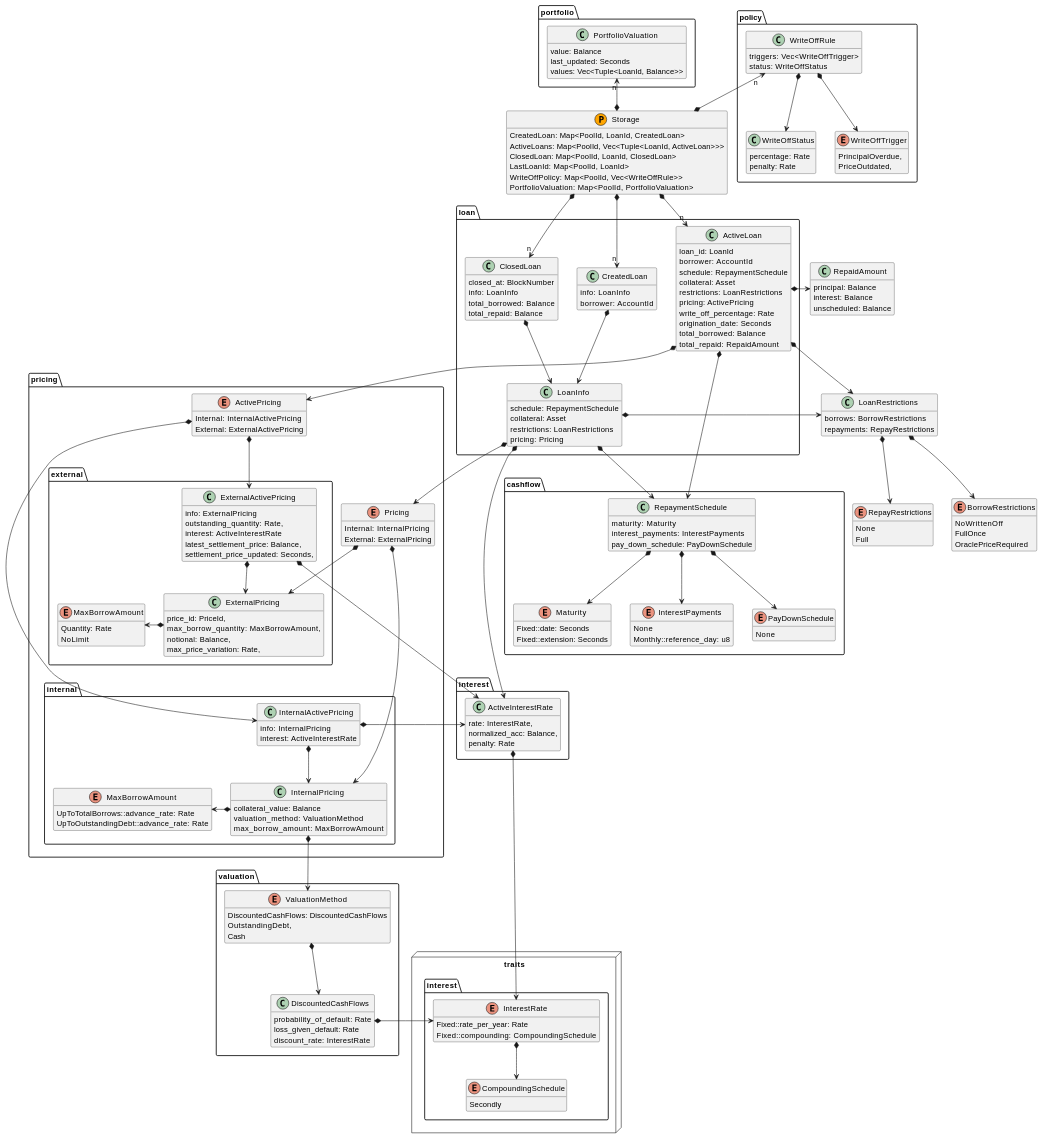
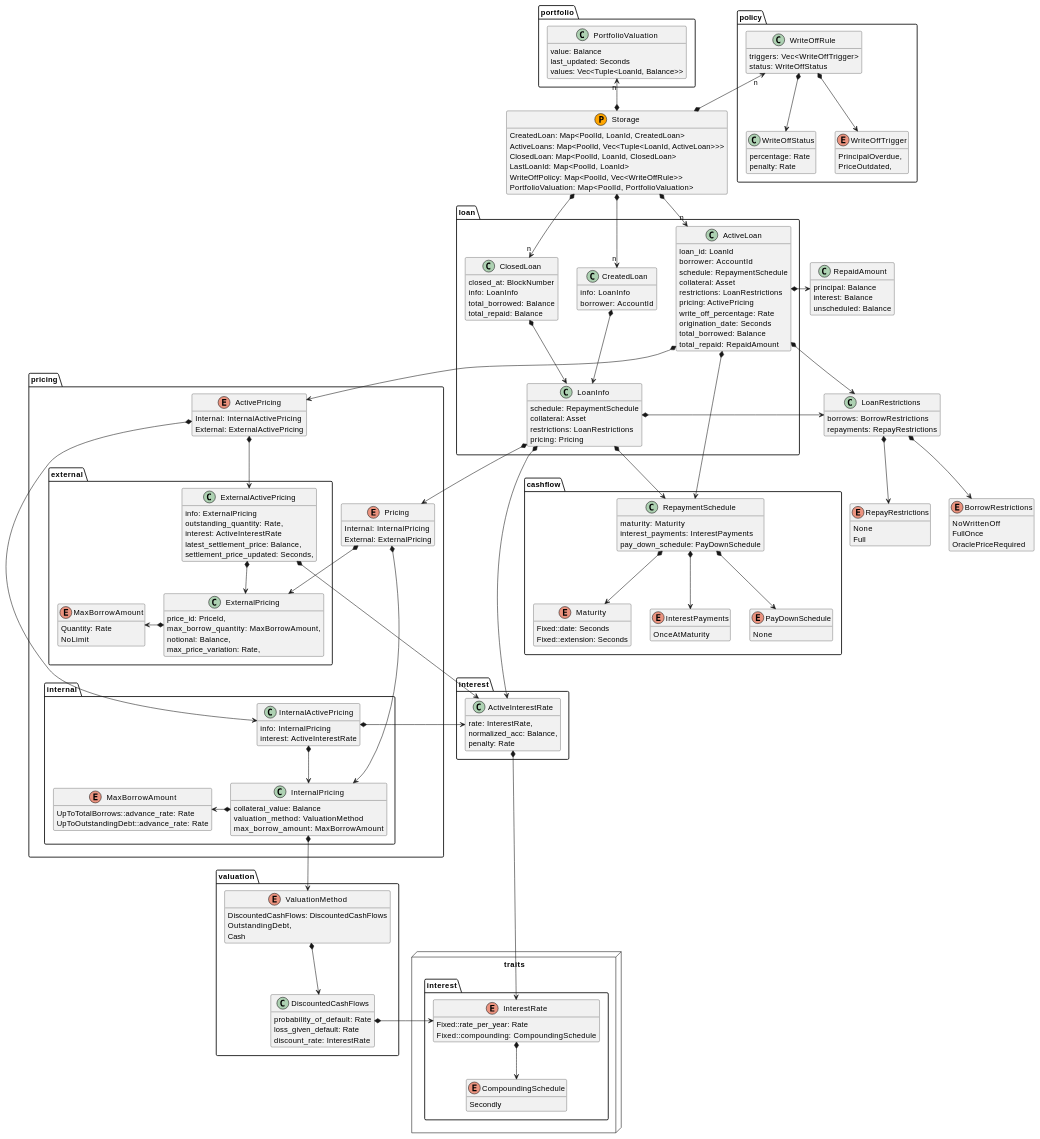
Before and after one commit to centrifuge/centrifuge-chain: the diagram in pallets/loans/docs/types.md, drawn with PlantUML. The commit also changed 6 other files, not shown here.

```diff
--- a/pallets/loans/docs/types.md
+++ b/pallets/loans/docs/types.md
@@ -11,8 +11,7 @@
     }
 
     enum InterestPayments {
-        None
-        Monthly::reference_day: u8
+        OnceAtMaturity
     }
 
     enum PayDownSchedule {
```
